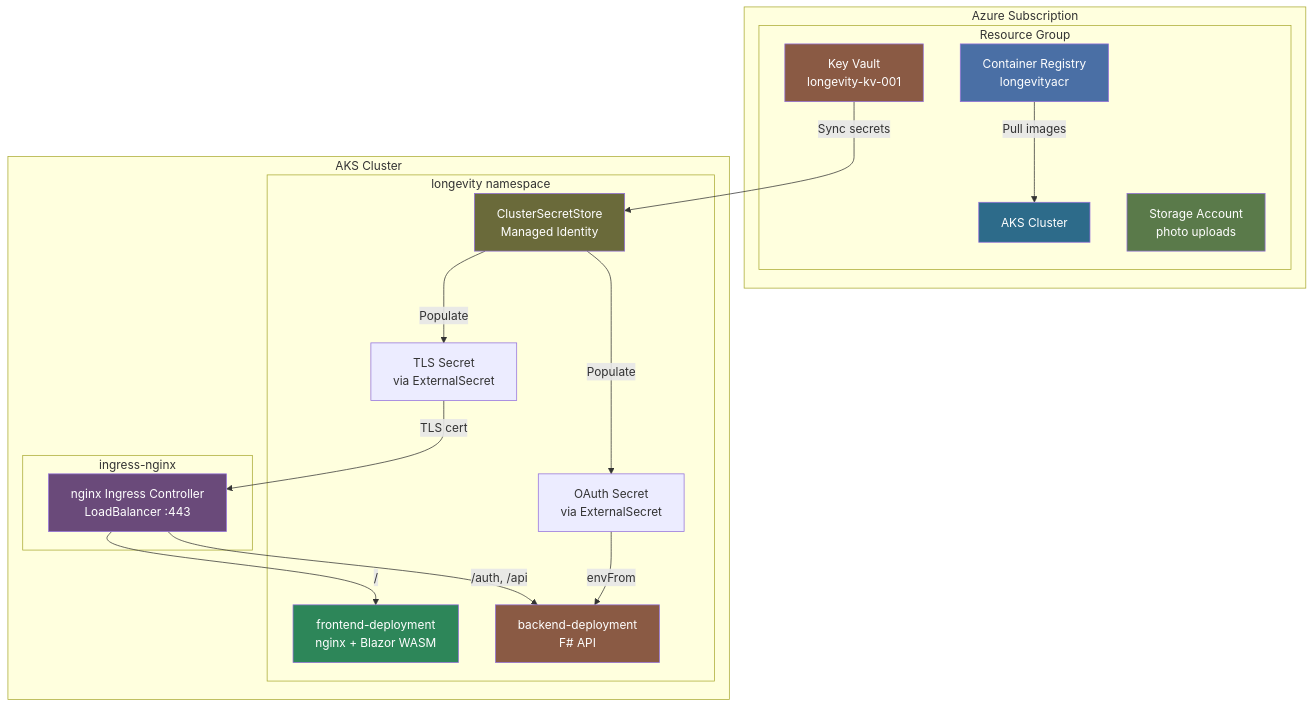
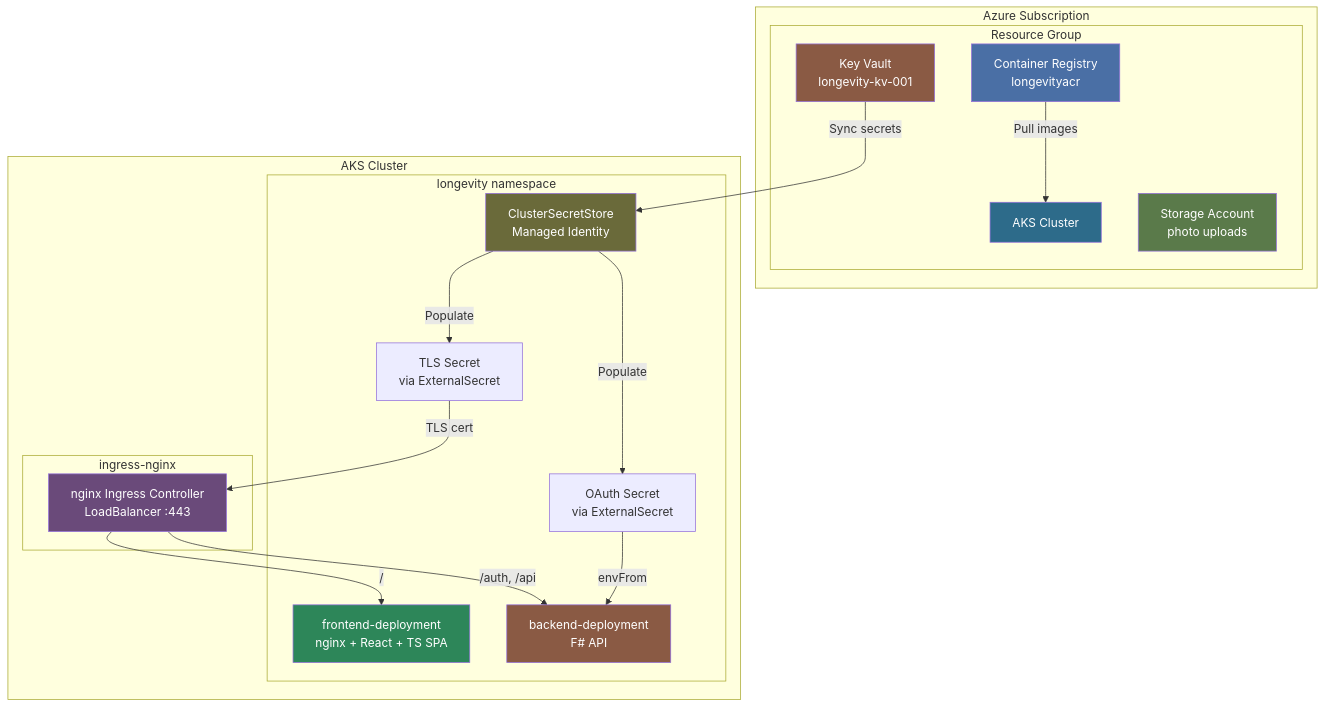
The first of 2 diagrams in docs/06-infrastructure.md (jagasafari/longevity), drawn with Mermaid before and after one commit. The commit also changed 10 other files, not shown here.

First line of the commit message:
docs: update frontend references from Blazor WASM to React + TypeScript

````diff
--- a/docs/06-infrastructure.md
+++ b/docs/06-infrastructure.md
@@ -11,42 +11,42 @@
 ```mermaid
 graph TB
     subgraph Azure Subscription
         subgraph Resource Group
             ACR[Container Registry<br/>longevityacr]
             AKS[AKS Cluster]
             KV[Key Vault<br/>longevity-kv-001]
             SA[Storage Account<br/>photo uploads]
         end
     end
 
     subgraph AKS Cluster
         subgraph ingress-nginx
             ING[nginx Ingress Controller<br/>LoadBalancer :443]
         end
         subgraph longevity namespace
-            FE[frontend-deployment<br/>nginx + Blazor WASM]
+            FE[frontend-deployment<br/>nginx + React + TS SPA]
             BE[backend-deployment<br/>F# API]
             SEC1[TLS Secret<br/>via ExternalSecret]
             SEC2[OAuth Secret<br/>via ExternalSecret]
             CSS[ClusterSecretStore<br/>Managed Identity]
         end
     end
 
     ACR -->|Pull images| AKS
     KV -->|Sync secrets| CSS
     CSS -->|Populate| SEC1
     CSS -->|Populate| SEC2
     SEC2 -->|envFrom| BE
     ING -->|/auth, /api| BE
     ING -->|/| FE
     SEC1 -->|TLS cert| ING
 
     style ACR fill:#4a6fa5,color:#fff
     style AKS fill:#2d6b8a,color:#fff
     style KV fill:#8a5a44,color:#fff
     style SA fill:#5a7a4a,color:#fff
     style ING fill:#6a4a7a,color:#fff
     style FE fill:#2d8659,color:#fff
     style BE fill:#8a5a44,color:#fff
     style CSS fill:#6a6a3a,color:#fff
 ```
````
